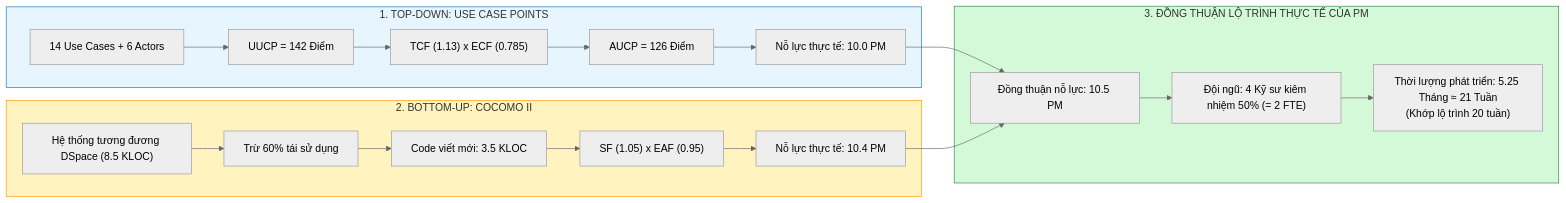
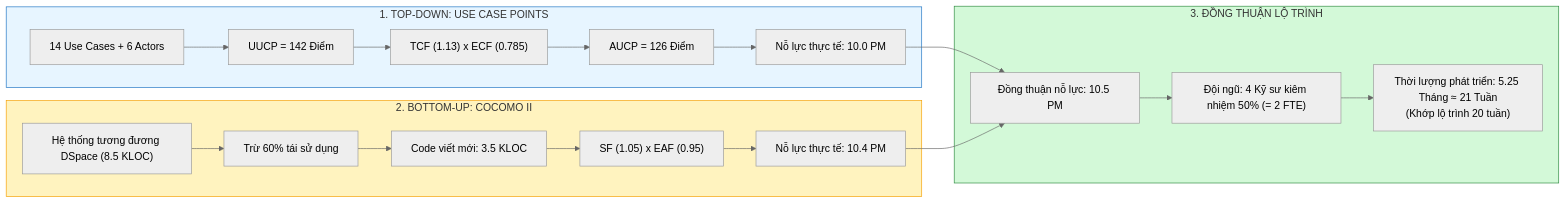
Before and after one commit to se-bros/hcmus-projectmanage--lab: the second of 3 diagrams in final-exam/preparation/4_Estimation_Planning_Process/README.md, drawn with Mermaid (neutral theme). The commit also changed other lines of this file and 7 other files, not shown here.

````diff
--- a/final-exam/preparation/4_Estimation_Planning_Process/README.md
+++ b/final-exam/preparation/4_Estimation_Planning_Process/README.md
@@ -194,26 +195,26 @@
 ```mermaid
 flowchart LR
     subgraph TOPDOWN["1. TOP-DOWN: USE CASE POINTS"]
         A["14 Use Cases + 6 Actors"] --> B["UUCP = 142 Điểm"]
         B --> C["TCF (1.13) x ECF (0.785)"]
         C --> D["AUCP = 126 Điểm"]
         D --> E["Nỗ lực thực tế: 10.0 PM"]
     end
 
     subgraph BOTTOMUP["2. BOTTOM-UP: COCOMO II"]
         F["Hệ thống tương đương DSpace (8.5 KLOC)"] --> G["Trừ 60% tái sử dụng"]
         G --> H["Code viết mới: 3.5 KLOC"]
         H --> I["SF (1.05) x EAF (0.95)"]
         I --> J["Nỗ lực thực tế: 10.4 PM"]
     end
 
-    subgraph SYNC["3. ĐỒNG THUẬN LỘ TRÌNH THỰC TẾ CỦA PM"]
+    subgraph SYNC["3. ĐỒNG THUẬN LỘ TRÌNH"]
         E & J --> K["Đồng thuận nỗ lực: 10.5 PM"]
         K --> L["Đội ngũ: 4 Kỹ sư kiêm nhiệm 50% (= 2 FTE)"]
         L --> M["Thời lượng phát triển: 5.25 Tháng ≈ 21 Tuần\n(Khớp lộ trình 20 tuần)"]
     end
 
     style TOPDOWN fill:#e7f5ff,stroke:#1971c2
     style BOTTOMUP fill:#fff3bf,stroke:#f59f00
     style SYNC fill:#d3f9d8,stroke:#2b8a3e
 ```
````
